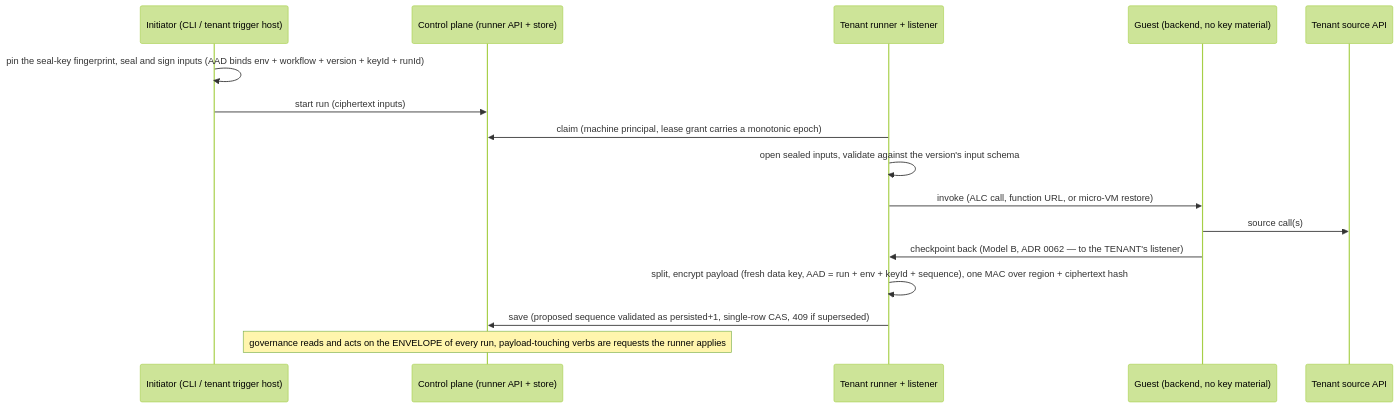
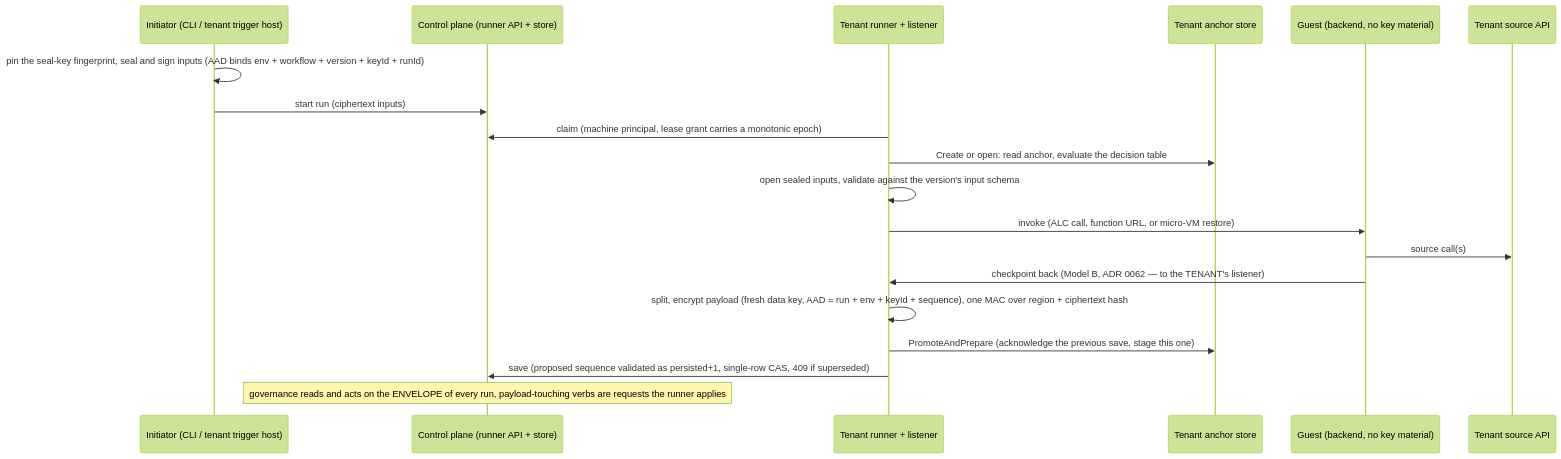
Before and after one commit to corvus-dotnet/Corvus.JsonSchema: the third of 3 diagrams in docs/arazzo/adr/0065-control-plane-owns-store-runners-encrypt-payload.md, drawn with Mermaid (forest theme). The commit also changed other lines of this file, not shown here.

````diff
--- a/docs/arazzo/adr/0065-control-plane-owns-store-runners-encrypt-payload.md
+++ b/docs/arazzo/adr/0065-control-plane-owns-store-runners-encrypt-payload.md
@@ -331,18 +373,21 @@
 ```mermaid
 sequenceDiagram
   participant I as Initiator (CLI / tenant trigger host)
   participant CP as Control plane (runner API + store)
   participant R as Tenant runner + listener
+  participant A as Tenant anchor store
   participant G as Guest (backend, no key material)
   participant S as Tenant source API
   I->>I: pin the seal-key fingerprint, seal and sign inputs (AAD binds env + workflow + version + keyId + runId)
   I->>CP: start run (ciphertext inputs)
   R->>CP: claim (machine principal, lease grant carries a monotonic epoch)
+  R->>A: Create or open: read anchor, evaluate the decision table
   R->>R: open sealed inputs, validate against the version's input schema
   R->>G: invoke (ALC call, function URL, or micro-VM restore)
   G->>S: source call(s)
   G->>R: checkpoint back (Model B, ADR 0062 — to the TENANT's listener)
   R->>R: split, encrypt payload (fresh data key, AAD = run + env + keyId + sequence), one MAC over region + ciphertext hash
+  R->>A: PromoteAndPrepare (acknowledge the previous save, stage this one)
   R->>CP: save (proposed sequence validated as persisted+1, single-row CAS, 409 if superseded)
   Note over CP: governance reads and acts on the ENVELOPE of every run, payload-touching verbs are requests the runner applies
 ```
````
